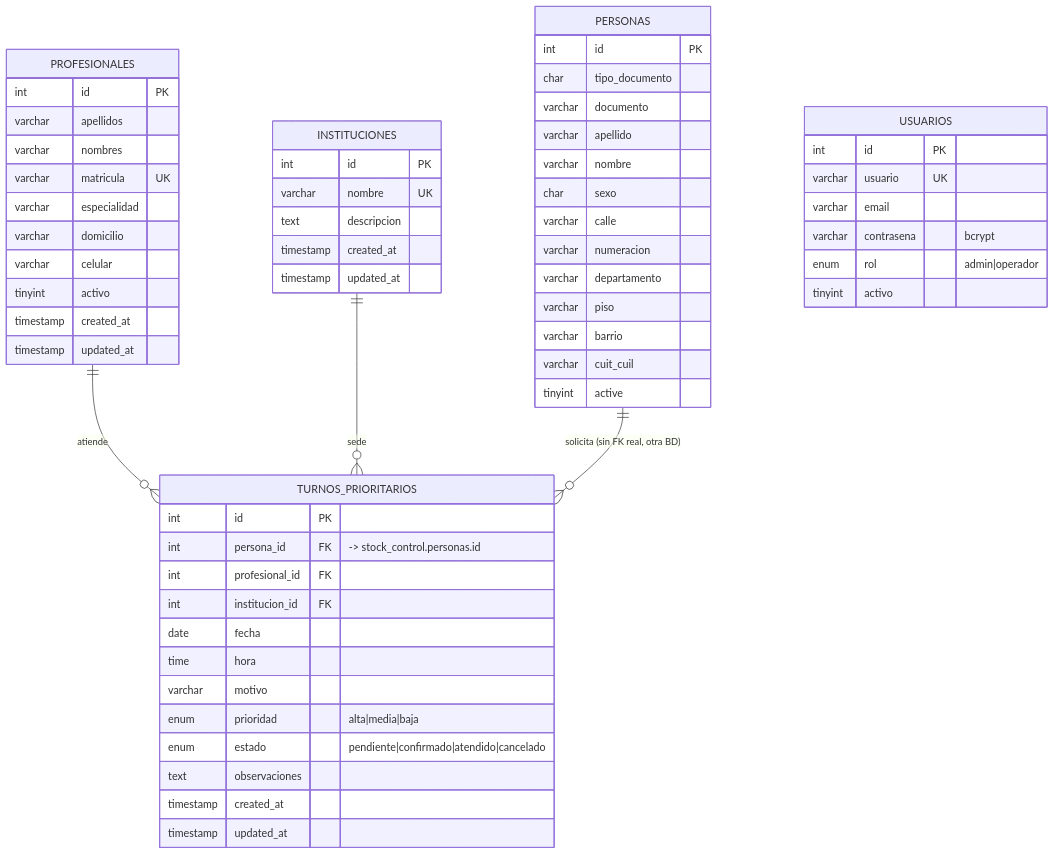
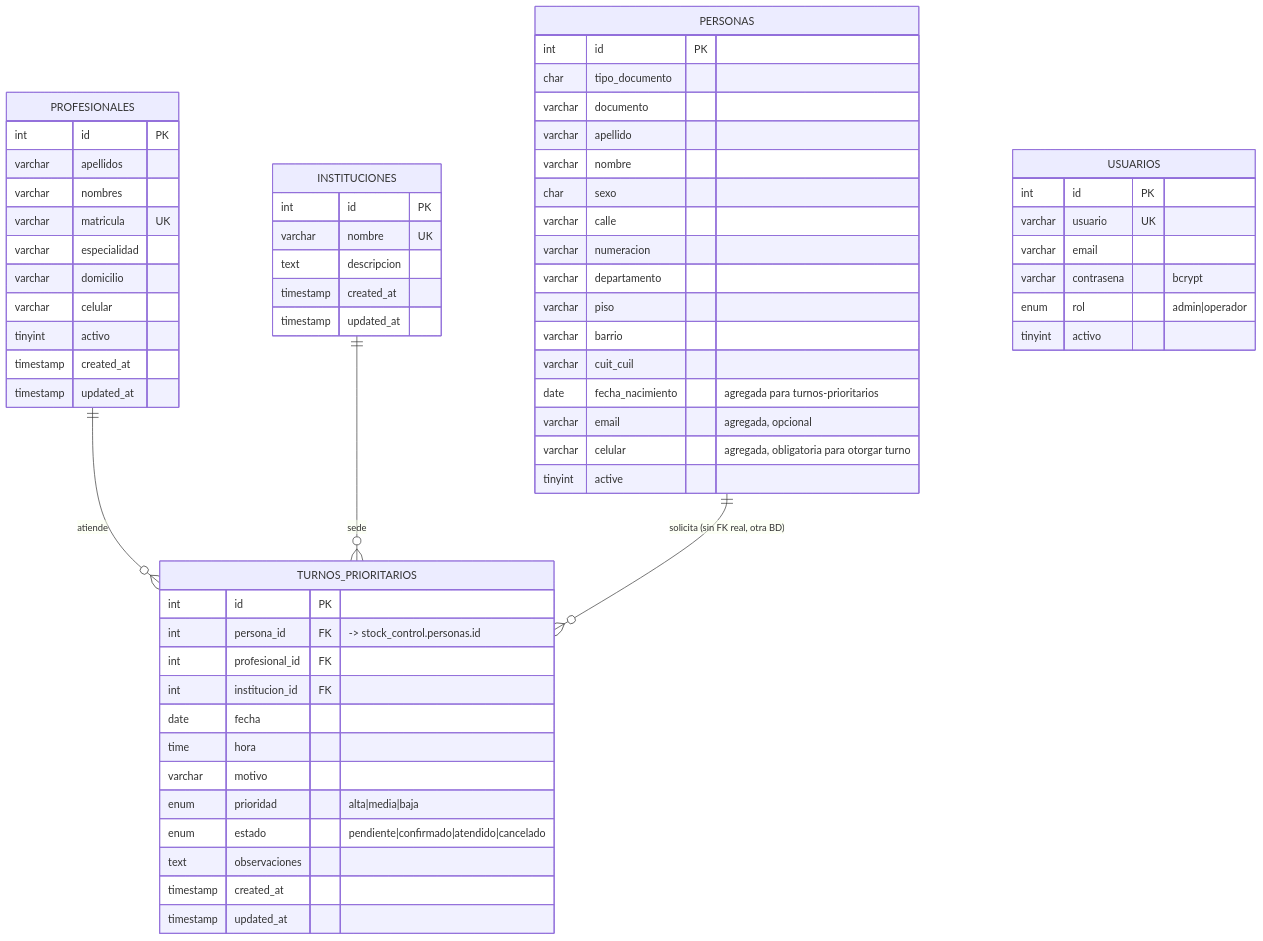
One commit to ssnetz/Proyectos changed the second of 2 diagrams in docs/turnos-prioritarios.md. Above: the diagram before and after it, drawn with Mermaid. The commit also changed other lines of this file, not shown here.

First line of the commit message:
Actualizar docs/turnos-prioritarios.md con las features agregadas después del PR

````diff
--- a/docs/turnos-prioritarios.md
+++ b/docs/turnos-prioritarios.md
@@ -72,63 +81,66 @@
 ```mermaid
 erDiagram
     PROFESIONALES ||--o{ TURNOS_PRIORITARIOS : atiende
     INSTITUCIONES ||--o{ TURNOS_PRIORITARIOS : sede
     PERSONAS ||--o{ TURNOS_PRIORITARIOS : "solicita (sin FK real, otra BD)"
 
     PROFESIONALES {
         int id PK
         varchar apellidos
         varchar nombres
         varchar matricula UK
         varchar especialidad
         varchar domicilio
         varchar celular
         tinyint activo
         timestamp created_at
         timestamp updated_at
     }
     INSTITUCIONES {
         int id PK
         varchar nombre UK
         text descripcion
         timestamp created_at
         timestamp updated_at
     }
     TURNOS_PRIORITARIOS {
         int id PK
         int persona_id FK "-> stock_control.personas.id"
         int profesional_id FK
         int institucion_id FK
         date fecha
         time hora
         varchar motivo
         enum prioridad "alta|media|baja"
         enum estado "pendiente|confirmado|atendido|cancelado"
         text observaciones
         timestamp created_at
         timestamp updated_at
     }
     USUARIOS {
         int id PK
         varchar usuario UK
         varchar email
         varchar contrasena "bcrypt"
         enum rol "admin|operador"
         tinyint activo
     }
     PERSONAS {
         int id PK
         char tipo_documento
         varchar documento
         varchar apellido
         varchar nombre
         char sexo
         varchar calle
         varchar numeracion
         varchar departamento
         varchar piso
         varchar barrio
         varchar cuit_cuil
+        date fecha_nacimiento "agregada para turnos-prioritarios"
+        varchar email "agregada, opcional"
+        varchar celular "agregada, obligatoria para otorgar turno"
         tinyint active
     }
 ```
````
